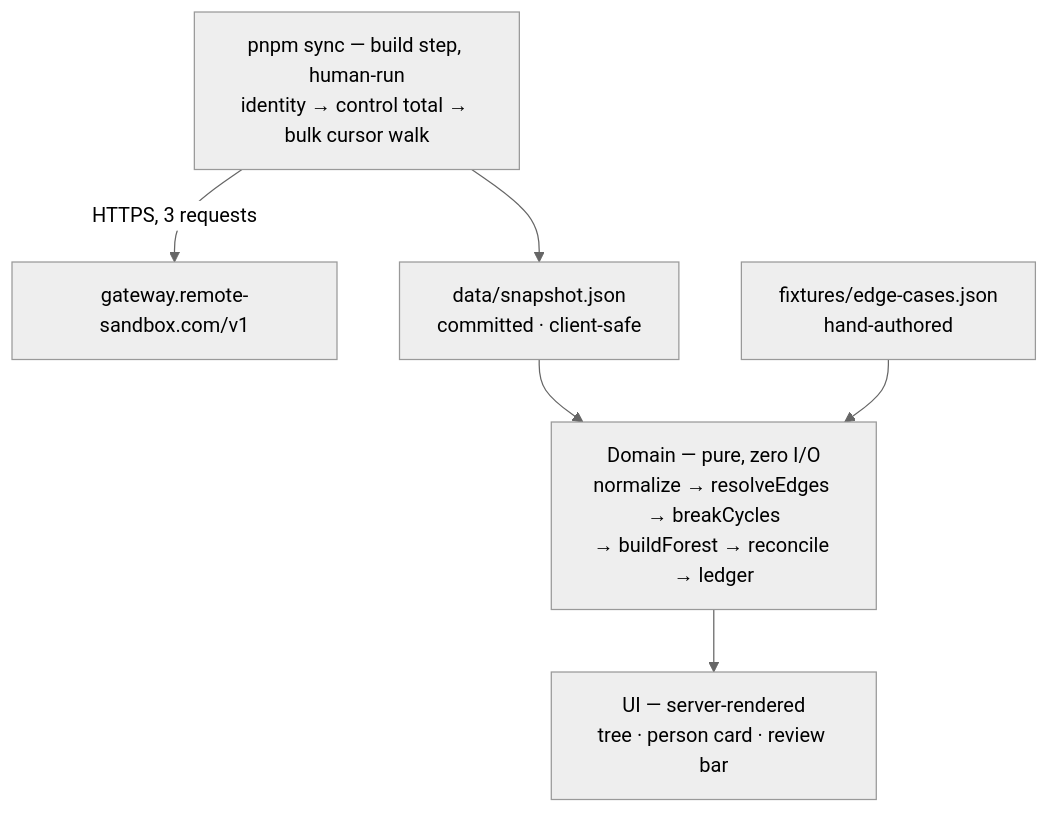
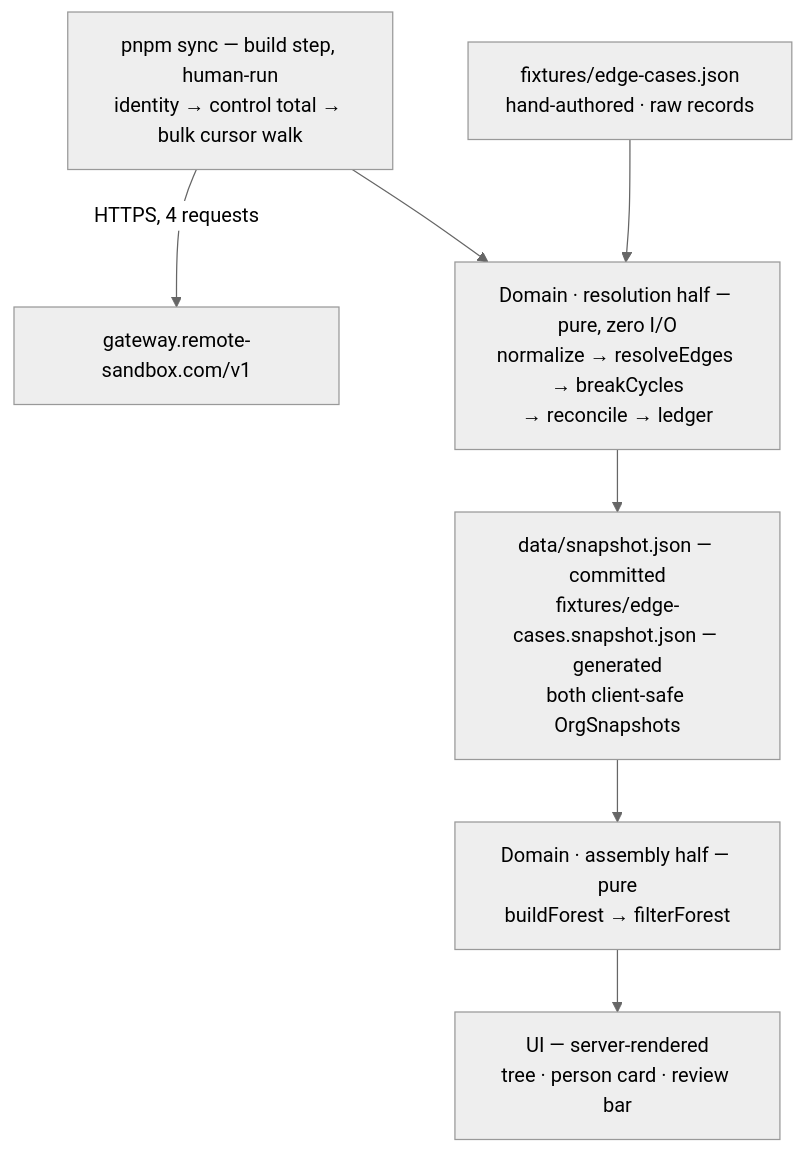
The diagram in planning/build.md (yassmass/remote-org-chart), drawn with Mermaid (neutral theme) before and after one commit. The commit also changed other lines of this file and 9 other files, not shown here.

Commit message:
feat: implement domain types, normalized data schema, ledger, and remote client interface

````diff
--- a/planning/build.md
+++ b/planning/build.md
@@ -17,15 +18,17 @@
 ```mermaid
 flowchart TD
+    API["gateway.remote-sandbox.com/v1"]
     SYNC["pnpm sync — build step, human-run<br>identity → control total → bulk cursor walk"]
-    API["gateway.remote-sandbox.com/v1"]
-    SNAP["data/snapshot.json<br>committed · client-safe"]
-    FIX["fixtures/edge-cases.json<br>hand-authored"]
-    DOM["Domain — pure, zero I/O<br>normalize → resolveEdges → breakCycles<br>→ buildForest → reconcile → ledger"]
+    FIX["fixtures/edge-cases.json<br>hand-authored · raw records"]
+    RESOLVE["Domain · resolution half — pure, zero I/O<br>normalize → resolveEdges → breakCycles<br>→ reconcile → ledger"]
+    SNAP["data/snapshot.json — committed<br>fixtures/edge-cases.snapshot.json — generated<br>both client-safe OrgSnapshots"]
+    ASSEMBLE["Domain · assembly half — pure<br>buildForest → filterForest"]
     UI["UI — server-rendered<br>tree · person card · review bar"]
 
-    SYNC -->|HTTPS, 3 requests| API
-    SYNC --> SNAP
-    SNAP --> DOM
-    FIX --> DOM
-    DOM --> UI
+    SYNC -->|HTTPS, 4 requests| API
+    SYNC --> RESOLVE
+    FIX --> RESOLVE
+    RESOLVE --> SNAP
+    SNAP --> ASSEMBLE
+    ASSEMBLE --> UI
 ```
````
